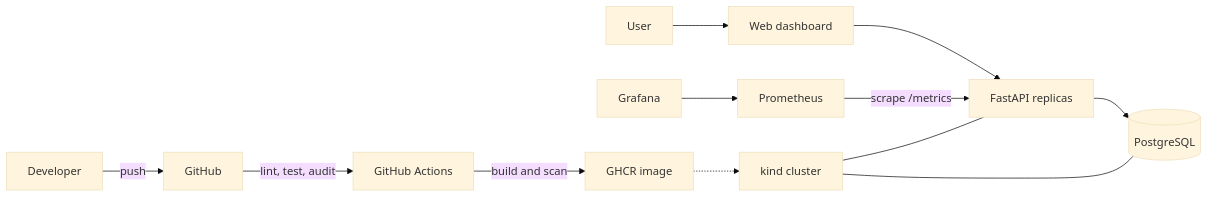
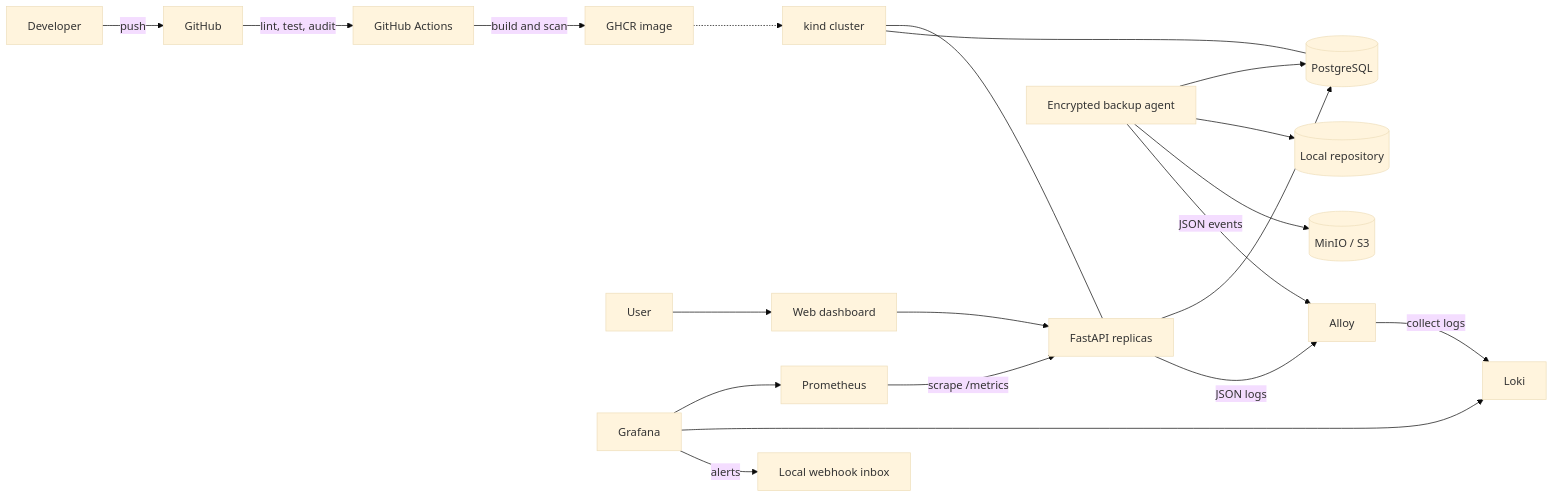
One commit to Mehdi-Lahouir/Automated-Deployment-Platform changed the diagram in README.md. Above: the diagram before and after it, drawn with Mermaid (base theme). The commit also changed other lines of this file and 40 other files, not shown here.

````diff
--- a/README.md
+++ b/README.md
@@ -10,14 +11,22 @@
 ```mermaid
 flowchart LR
     Developer -->|push| GitHub
     GitHub -->|lint, test, audit| CI[GitHub Actions]
     CI -->|build and scan| Image[GHCR image]
     User --> UI[Web dashboard]
     UI --> API[FastAPI replicas]
     API --> DB[(PostgreSQL)]
+    Backup[Encrypted backup agent] --> DB
+    Backup --> Local[(Local repository)]
+    Backup --> S3[(MinIO / S3)]
     Prometheus -->|scrape /metrics| API
     Grafana --> Prometheus
+    Alloy -->|collect logs| Loki
+    API -->|JSON logs| Alloy
+    Backup -->|JSON events| Alloy
+    Grafana --> Loki
+    Grafana -->|alerts| Inbox[Local webhook inbox]
     Image -.-> Kubernetes[kind cluster]
     Kubernetes --- API
     Kubernetes --- DB
 ```
````
